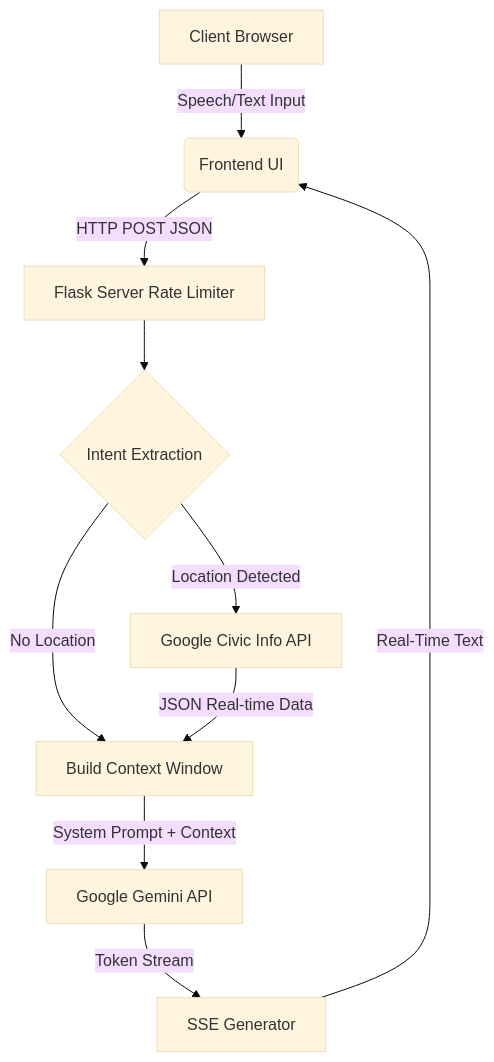
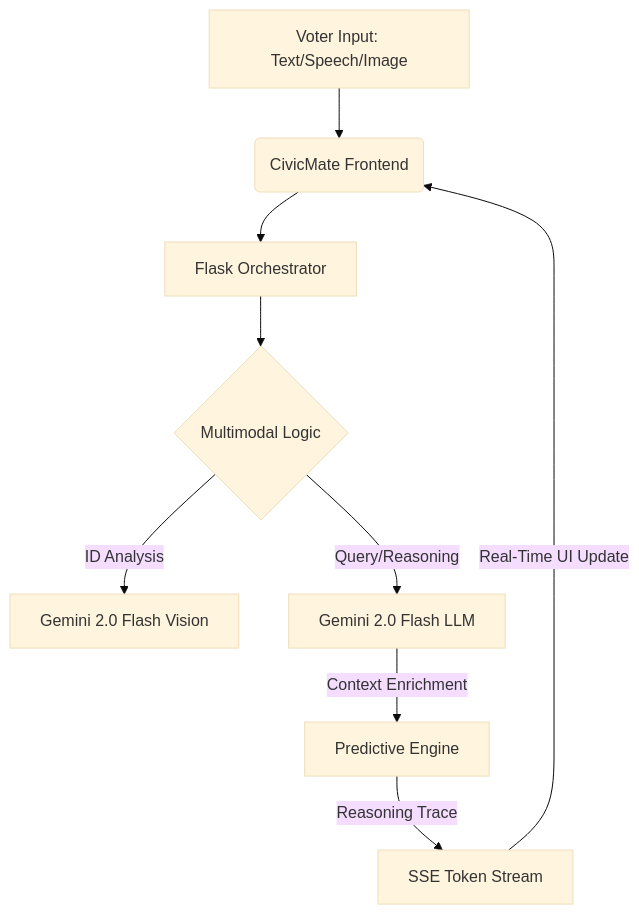
Before and after one commit to suryakranthallu/CivicMate-Election-Assistant: the diagram in README.md, drawn with Mermaid (base theme). The commit also changed other lines of this file, not shown here.

````diff
--- a/README.md
+++ b/README.md
@@ -38,12 +39,11 @@
 ```mermaid
 graph TD
-    A[Client Browser] -->|Speech/Text Input| B(Frontend UI)
-    B -->|HTTP POST JSON| C[Flask Server Rate Limiter]
-    C --> D{Intent Extraction}
-    D -->|Location Detected| E[Google Civic Info API]
-    D -->|No Location| F[Build Context Window]
-    E -->|JSON Real-time Data| F
-    F -->|System Prompt + Context| G[Google Gemini API]
-    G -->|Token Stream| H[SSE Generator]
-    H -->|Real-Time Text| B
+    A[Voter Input: Text/Speech/Image] --> B(CivicMate Frontend)
+    B --> C[Flask Orchestrator]
+    C --> D{Multimodal Logic}
+    D -->|ID Analysis| E[Gemini 2.0 Flash Vision]
+    D -->|Query/Reasoning| F[Gemini 2.0 Flash LLM]
+    F -->|Context Enrichment| G[Predictive Engine]
+    G -->|Reasoning Trace| H[SSE Token Stream]
+    H -->|Real-Time UI Update| B
 ```
````
